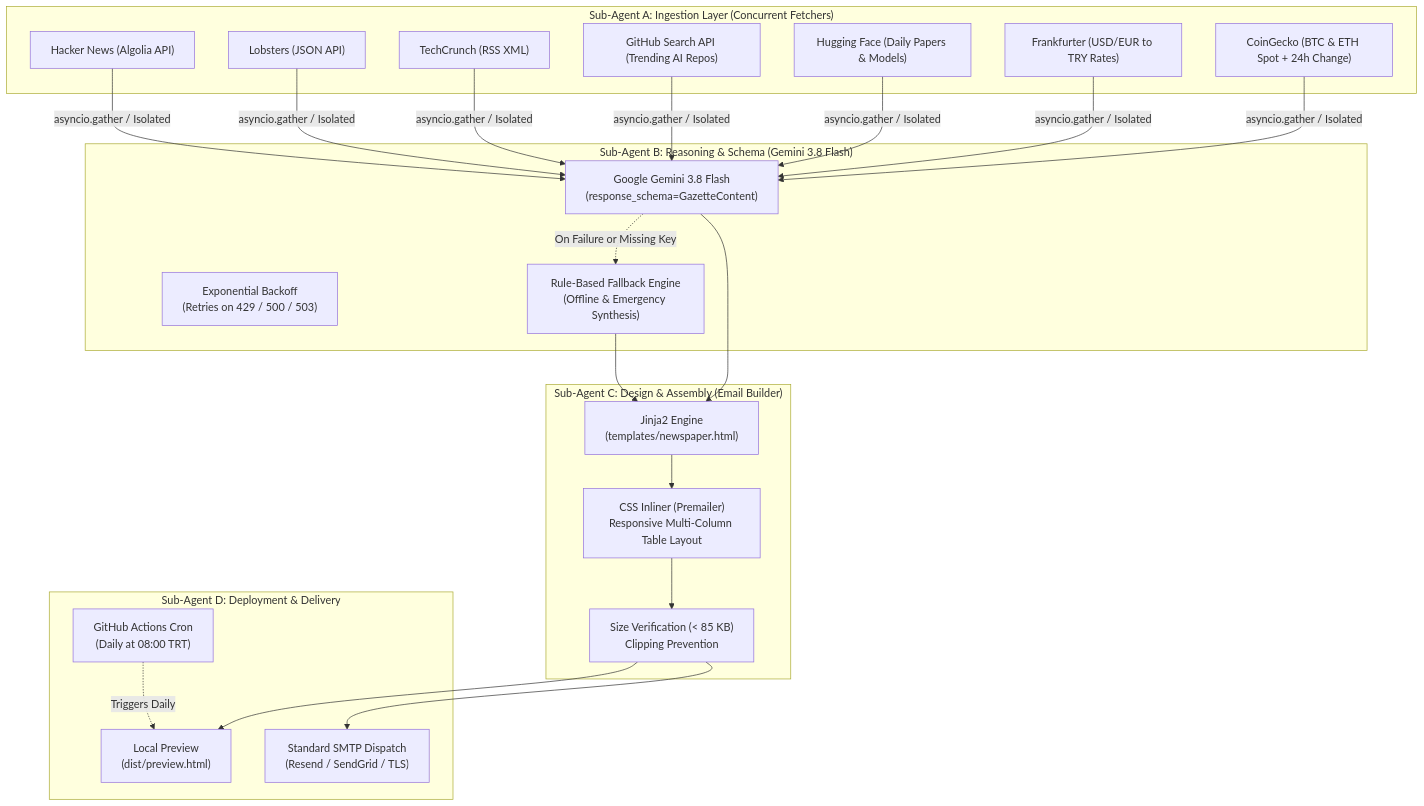
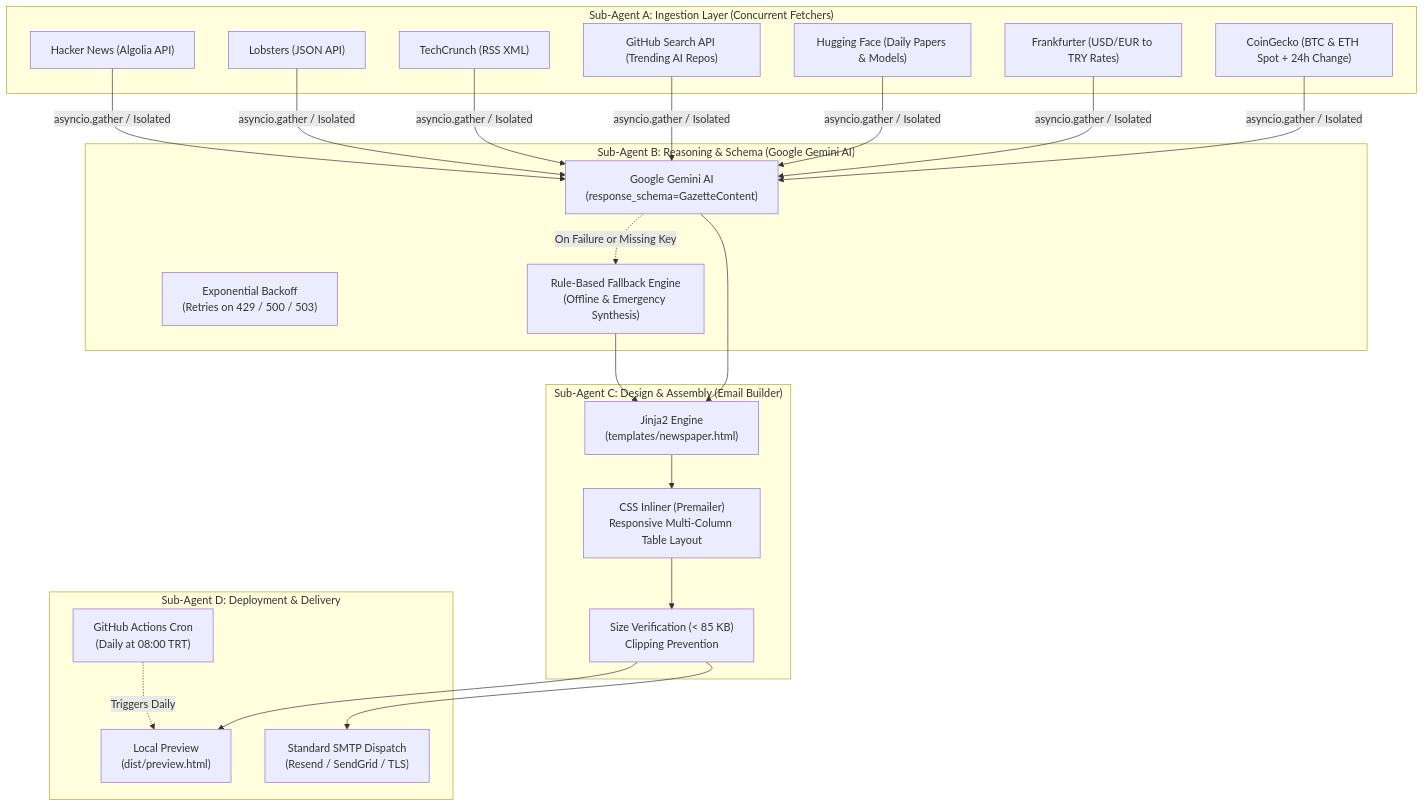
Before and after one commit to yunusemre-celik/morning-gazette-pipeline: the diagram in README.md, drawn with Mermaid. The commit also changed other lines of this file and 4 other files, not shown here.

Commit message:
docs: standardize and generalize Google Gemini references across templates and docs

````diff
--- a/README.md
+++ b/README.md
@@ -52,39 +52,39 @@
 ```mermaid
 flowchart TD
     subgraph DataCollection["Sub-Agent A: Ingestion Layer (Concurrent Fetchers)"]
         HN["Hacker News (Algolia API)"]
         LOB["Lobsters (JSON API)"]
         TC["TechCrunch (RSS XML)"]
         GH["GitHub Search API (Trending AI Repos)"]
         HF["Hugging Face (Daily Papers & Models)"]
         FX["Frankfurter (USD/EUR to TRY Rates)"]
         CG["CoinGecko (BTC & ETH Spot + 24h Change)"]
     end
 
-    subgraph IntelligenceLayer["Sub-Agent B: Reasoning & Schema (Gemini 3.8 Flash)"]
-        GEMINI["Google Gemini 3.8 Flash\n(response_schema=GazetteContent)"]
+    subgraph IntelligenceLayer["Sub-Agent B: Reasoning & Schema (Google Gemini AI)"]
+        GEMINI["Google Gemini AI\n(response_schema=GazetteContent)"]
         BACKOFF["Exponential Backoff\n(Retries on 429 / 500 / 503)"]
         FALLBACK["Rule-Based Fallback Engine\n(Offline & Emergency Synthesis)"]
     end
 
     subgraph PresentationLayer["Sub-Agent C: Design & Assembly (Email Builder)"]
         JINJA["Jinja2 Engine\n(templates/newspaper.html)"]
         INLINER["CSS Inliner (Premailer)\nResponsive Multi-Column Table Layout"]
         SIZE_CHECK["Size Verification (< 85 KB)\nClipping Prevention"]
     end
 
     subgraph DeliveryLayer["Sub-Agent D: Deployment & Delivery"]
         PREVIEW["Local Preview\n(dist/preview.html)"]
         SMTP["Standard SMTP Dispatch\n(Resend / SendGrid / TLS)"]
         GHA["GitHub Actions Cron\n(Daily at 08:00 TRT)"]
     end
 
     HN & LOB & TC & GH & HF & FX & CG -->|asyncio.gather / Isolated| GEMINI
     GEMINI -.->|On Failure or Missing Key| FALLBACK
     GEMINI & FALLBACK --> JINJA
     JINJA --> INLINER
     INLINER --> SIZE_CHECK
     SIZE_CHECK --> PREVIEW
     SIZE_CHECK --> SMTP
     GHA -.->|Triggers Daily| PREVIEW
 ```
````
